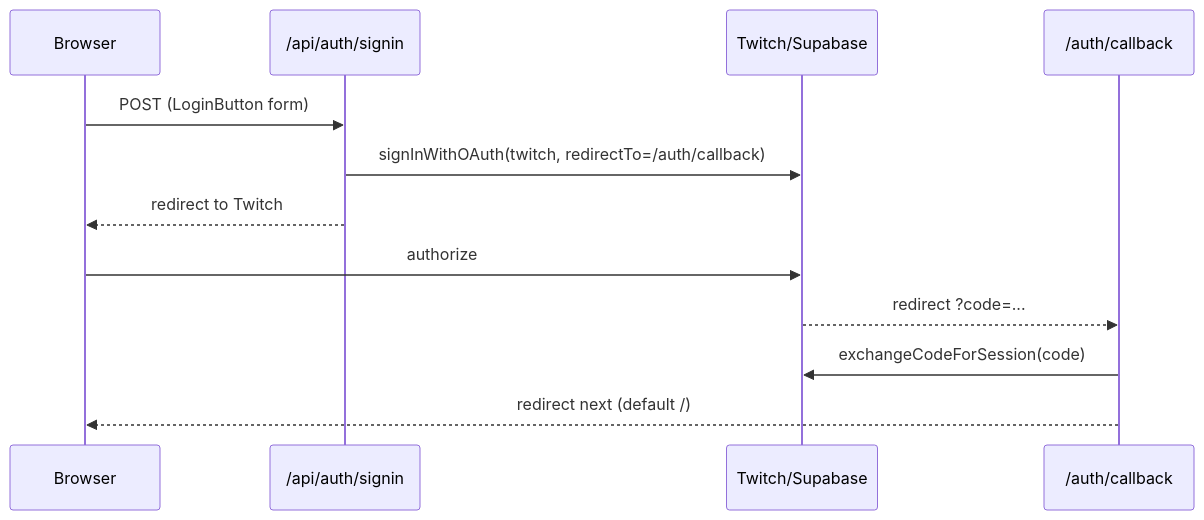
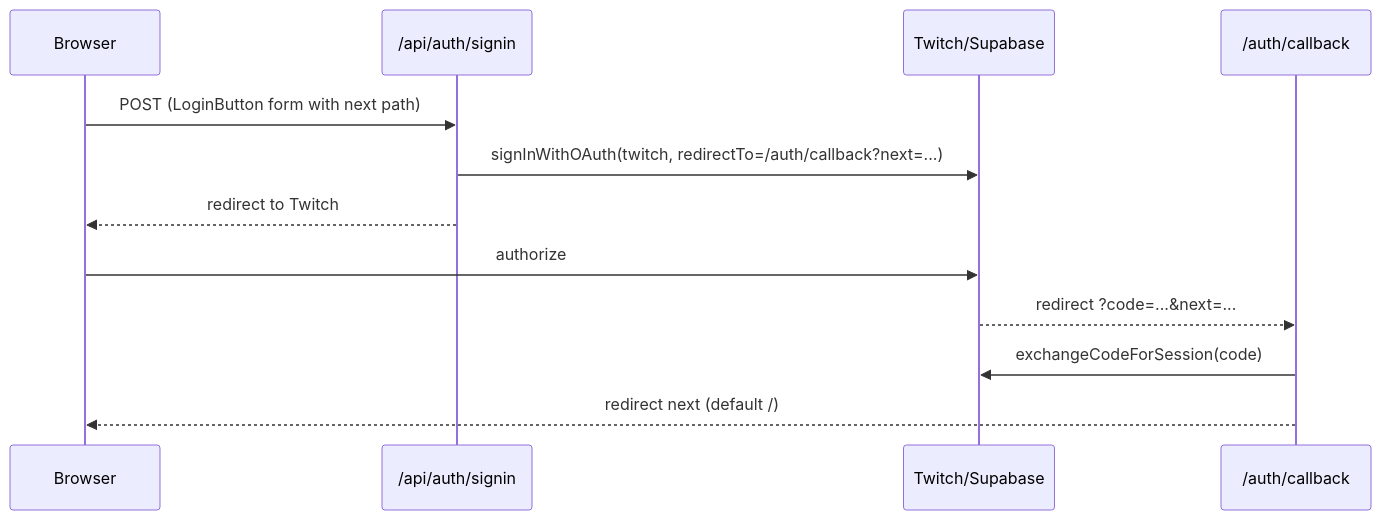
One commit to danygq/knekro-hub changed the diagram in docs/modules/auth.md. Above: the diagram before and after it, drawn with Mermaid. The commit also changed other lines of this file and 13 other files, not shown here.

Commit message:
feat(auth): preserve route location on login and handle expired sessions (#31)

````diff
--- a/docs/modules/auth.md
+++ b/docs/modules/auth.md
@@ -14,14 +14,14 @@
 ```mermaid
 sequenceDiagram
   participant B as Browser
   participant S as /api/auth/signin
   participant T as Twitch/Supabase
   participant C as /auth/callback
-  B->>S: POST (LoginButton form)
-  S->>T: signInWithOAuth(twitch, redirectTo=/auth/callback)
+  B->>S: POST (LoginButton form with next path)
+  S->>T: signInWithOAuth(twitch, redirectTo=/auth/callback?next=...)
   S-->>B: redirect to Twitch
   B->>T: authorize
-  T-->>C: redirect ?code=...
+  T-->>C: redirect ?code=...&next=...
   C->>T: exchangeCodeForSession(code)
   C-->>B: redirect next (default /)
 ```
````
